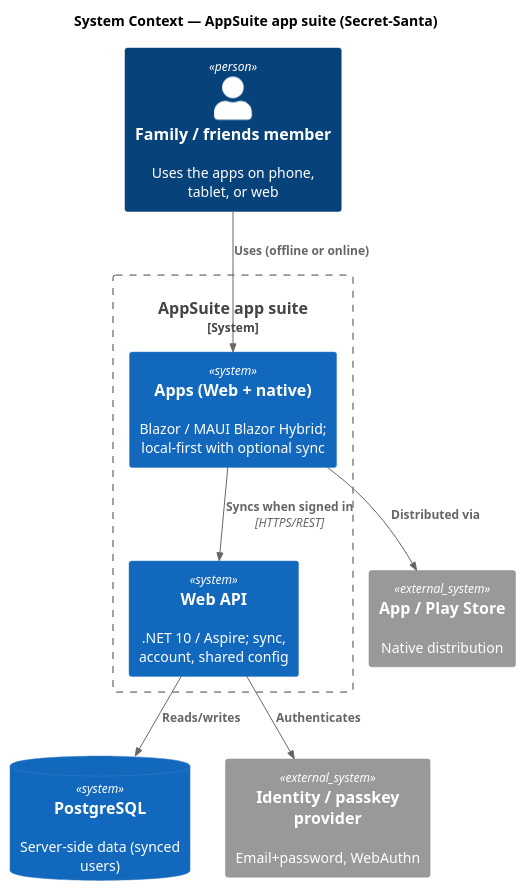
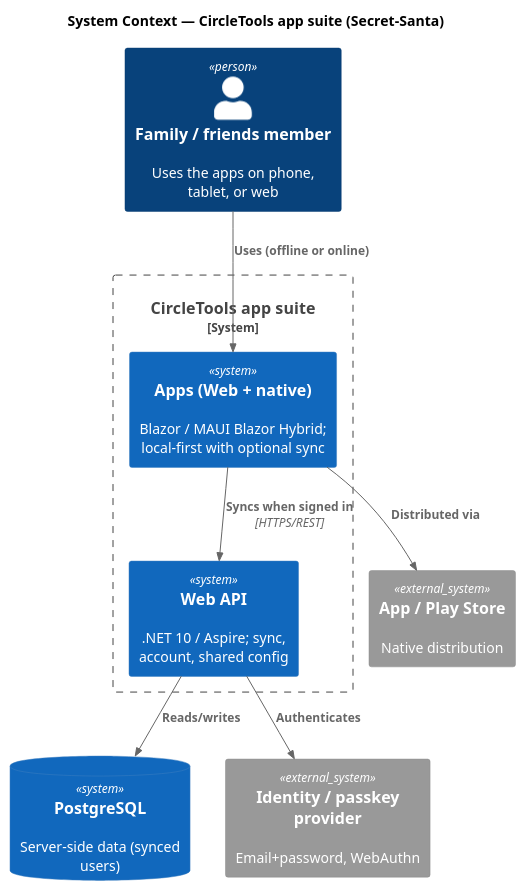
The diagram in docs/diagrams/c4/system-context.puml (CircleTools-ch/circletools-suite), drawn with PlantUML before and after one commit. The commit also changed 1242 other files, not shown here.

```diff
--- a/docs/diagrams/c4/system-context.puml
+++ b/docs/diagrams/c4/system-context.puml
@@ -1,25 +1,25 @@
 @startuml system-context
-' C4 System Context for the AppSuite app suite.
+' C4 System Context for the CircleTools app suite.
 ' Render with the C4-PlantUML includes, then pre-render to SVG (ADR-0004):
 '   java -jar plantuml.jar -tsvg -o ../exported system-context.puml
 !include https://raw.githubusercontent.com/plantuml-stdlib/C4-PlantUML/master/C4_Context.puml
 
-title System Context — AppSuite app suite (Secret-Santa)
+title System Context — CircleTools app suite (Secret-Santa)
 
 Person(user, "Family / friends member", "Uses the apps on phone, tablet, or web")
 
-System_Boundary(suite, "AppSuite app suite") {
+System_Boundary(suite, "CircleTools app suite") {
   System(clients, "Apps (Web + native)", "Blazor / MAUI Blazor Hybrid; local-first with optional sync")
   System(api, "Web API", ".NET 10 / Aspire; sync, account, shared config")
 }
 
 SystemDb(pg, "PostgreSQL", "Server-side data (synced users)")
 System_Ext(idp, "Identity / passkey provider", "Email+password, WebAuthn")
 System_Ext(stores, "App / Play Store", "Native distribution")
 
 Rel(user, clients, "Uses (offline or online)")
 Rel(clients, api, "Syncs when signed in", "HTTPS/REST")
 Rel(api, pg, "Reads/writes")
 Rel(api, idp, "Authenticates")
 Rel(clients, stores, "Distributed via")
 @enduml
```
